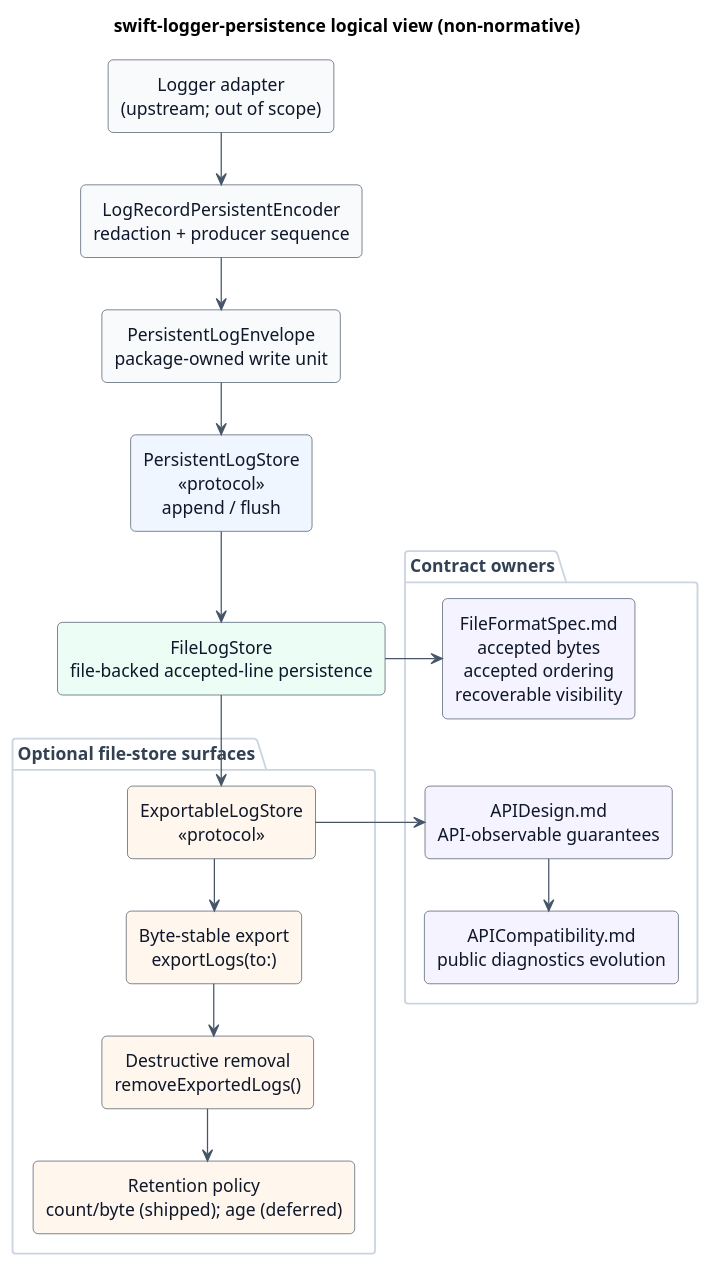
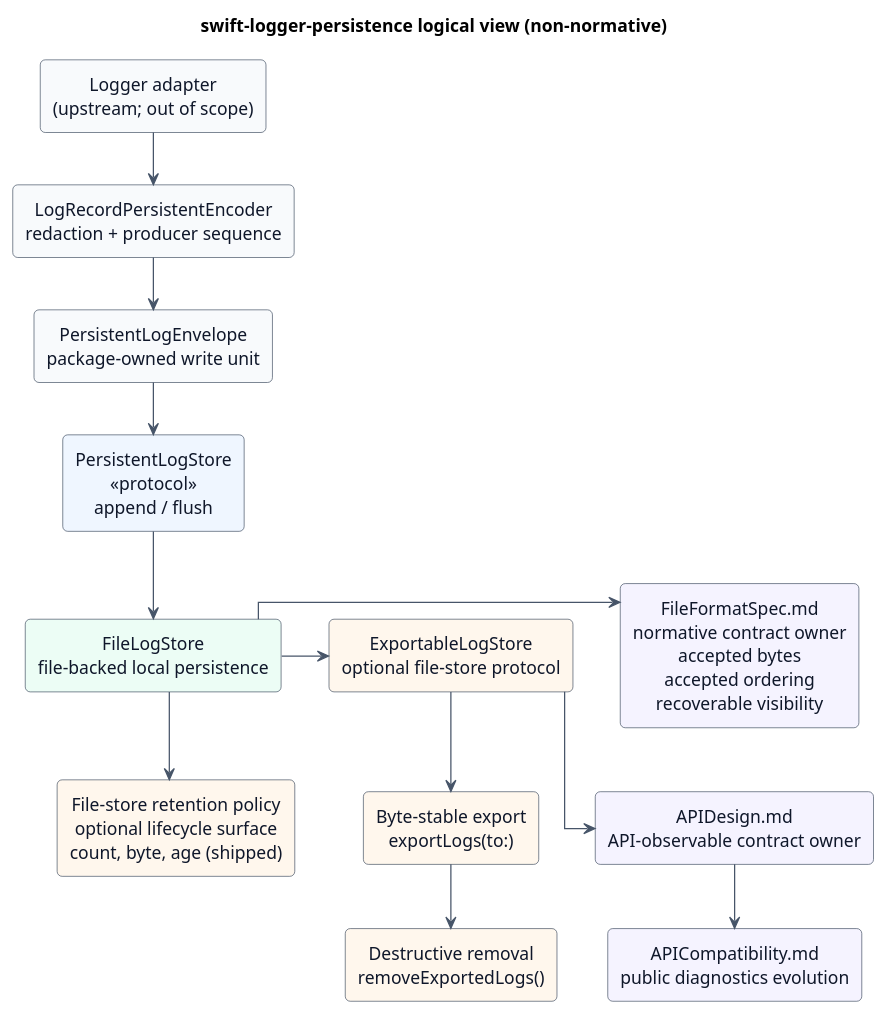
The diagram in Docs/Resources/PersistenceLogicalView.puml (swift-loggers/swift-logger-persistence), drawn with PlantUML before and after one commit. The commit also changed 13 other files, not shown here.

```diff
--- a/Docs/Resources/PersistenceLogicalView.puml
+++ b/Docs/Resources/PersistenceLogicalView.puml
@@ -1,62 +1,53 @@
 @startuml
 
 title swift-logger-persistence logical view (non-normative)
 
 skinparam backgroundColor white
 skinparam defaultFontName Helvetica
 skinparam defaultTextAlignment center
 skinparam shadowing false
 skinparam linetype ortho
 skinparam nodesep 38
 skinparam ranksep 42
 skinparam ArrowColor #475569
 skinparam ArrowFontColor #334155
 skinparam ArrowThickness 1
 skinparam rectangle {
   BorderColor #334155
   FontColor #0F172A
   RoundCorner 8
 }
-skinparam package {
-  BorderColor #CBD5E1
-  FontColor #334155
-  BackgroundColor #FFFFFF
-}
-
 top to bottom direction
 
 rectangle "Logger adapter\n(upstream; out of scope)" as Adapter #F8FAFC
 rectangle "LogRecordPersistentEncoder\nredaction + producer sequence" as Encoder #F8FAFC
 rectangle "PersistentLogEnvelope\npackage-owned write unit" as Envelope #F8FAFC
 rectangle "PersistentLogStore\n<<protocol>>\nappend / flush" as Store #EFF6FF
-rectangle "FileLogStore\nfile-backed accepted-line persistence" as FileStore #ECFDF5
+rectangle "FileLogStore\nfile-backed local persistence" as FileStore #ECFDF5
 
-package "Optional file-store surfaces" {
-  rectangle "ExportableLogStore\n<<protocol>>" as Exportable #FFF7ED
-  rectangle "Byte-stable export\nexportLogs(to:)" as Export #FFF7ED
-  rectangle "Destructive removal\nremoveExportedLogs()" as Remove #FFF7ED
-  rectangle "Retention policy\ncount/byte (shipped); age (deferred)" as Retention #FFF7ED
-}
+rectangle "ExportableLogStore\noptional file-store protocol" as Exportable #FFF7ED
+rectangle "Byte-stable export\nexportLogs(to:)" as Export #FFF7ED
+rectangle "Destructive removal\nremoveExportedLogs()" as Remove #FFF7ED
+rectangle "File-store retention policy\noptional lifecycle surface\ncount, byte, age (shipped)" as Retention #FFF7ED
 
-package "Contract owners" {
-  rectangle "FileFormatSpec.md\naccepted bytes\naccepted ordering\nrecoverable visibility" as Format #F5F3FF
-  rectangle "APIDesign.md\nAPI-observable guarantees" as API #F5F3FF
-  rectangle "APICompatibility.md\npublic diagnostics evolution" as Compatibility #F5F3FF
-}
+rectangle "FileFormatSpec.md\nnormative contract owner\naccepted bytes\naccepted ordering\nrecoverable visibility" as Format #F5F3FF
+rectangle "APIDesign.md\nAPI-observable contract owner" as API #F5F3FF
+rectangle "APICompatibility.md\npublic diagnostics evolution" as Compatibility #F5F3FF
 
 Adapter -down-> Encoder
 Encoder -down-> Envelope
 Envelope -down-> Store
 Store -down-> FileStore
 
-FileStore -down-> Exportable
+FileStore -right-> Exportable
+FileStore -right-> Retention
+Exportable -[hidden]down-> Retention
 Exportable -down-> Export
 Export -down-> Remove
-Remove -down-> Retention
 
 FileStore -right-> Format
 Exportable -right-> API
 API -down-> Compatibility
 Format -[hidden]down-> API
 
 @enduml
```
